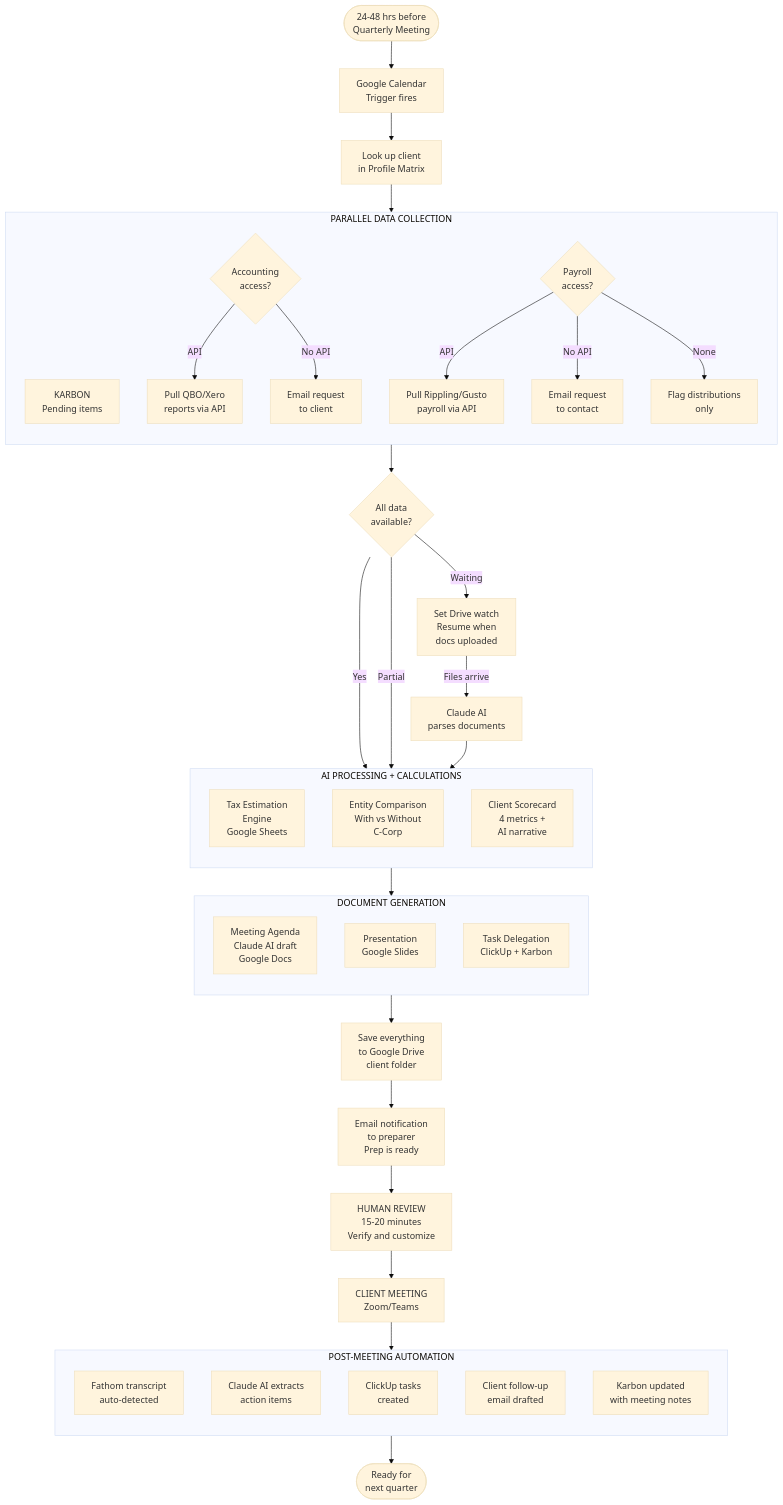
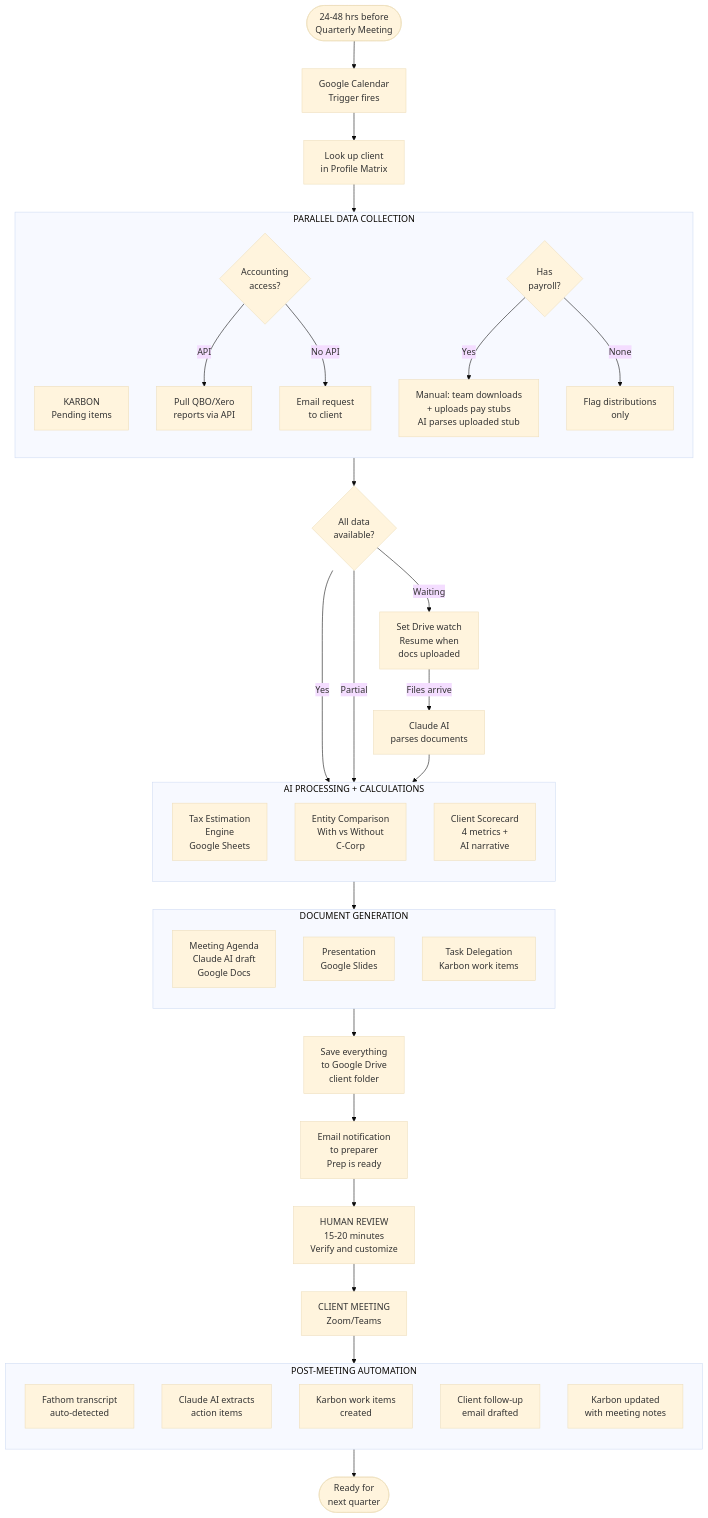
Before and after one commit to dkinvestments-art/n8n: diagram 20 of 20 in docs/quarterly-meeting-automation/05-Comprehensive-Workflow-Documentation.md, drawn with Mermaid (base theme). The commit also changed other lines of this file, not shown here.

First line of the commit message:
docs: Apply payroll-manual and Karbon task changes to workflow doc

````diff
--- a/docs/quarterly-meeting-automation/05-Comprehensive-Workflow-Documentation.md
+++ b/docs/quarterly-meeting-automation/05-Comprehensive-Workflow-Documentation.md
@@ -1122,68 +1103,67 @@
 ```mermaid
 flowchart TD
     START([24-48 hrs before<br/>Quarterly Meeting]) --> TRIGGER[Google Calendar<br/>Trigger fires]
 
     TRIGGER --> LOOKUP[Look up client<br/>in Profile Matrix]
 
     LOOKUP --> PARALLEL_COLLECT
 
     subgraph PARALLEL_COLLECT["PARALLEL DATA COLLECTION"]
         direction TB
 
         K[KARBON<br/>Pending items]
 
         F_CHECK{Accounting<br/>access?}
         F_CHECK -->|API| F_API[Pull QBO/Xero<br/>reports via API]
         F_CHECK -->|No API| F_EMAIL[Email request<br/>to client]
 
-        P_CHECK{Payroll<br/>access?}
-        P_CHECK -->|API| P_API[Pull Rippling/Gusto<br/>payroll via API]
-        P_CHECK -->|No API| P_EMAIL[Email request<br/>to contact]
+        P_CHECK{Has<br/>payroll?}
+        P_CHECK -->|Yes| P_MANUAL[Manual: team downloads<br/>+ uploads pay stubs<br/>AI parses uploaded stub]
         P_CHECK -->|None| P_SKIP[Flag distributions<br/>only]
     end
 
     PARALLEL_COLLECT --> DATA_READY{All data<br/>available?}
 
     DATA_READY -->|Yes| PROCESS
     DATA_READY -->|Partial| PROCESS
     DATA_READY -->|Waiting| DRIVE_WATCH[Set Drive watch<br/>Resume when<br/>docs uploaded]
     DRIVE_WATCH -->|Files arrive| PARSE_DOCS[Claude AI<br/>parses documents]
     PARSE_DOCS --> PROCESS
 
     subgraph PROCESS["AI PROCESSING + CALCULATIONS"]
         direction TB
         TAX[Tax Estimation<br/>Engine<br/>Google Sheets]
         COMPARE[Entity Comparison<br/>With vs Without<br/>C-Corp]
         SCORECARD[Client Scorecard<br/>4 metrics +<br/>AI narrative]
     end
 
     PROCESS --> GENERATE
 
     subgraph GENERATE["DOCUMENT GENERATION"]
         direction TB
         AGENDA_GEN[Meeting Agenda<br/>Claude AI draft<br/>Google Docs]
         SLIDES_GEN[Presentation<br/>Google Slides]
-        TASKS_GEN[Task Delegation<br/>ClickUp + Karbon]
+        TASKS_GEN[Task Delegation<br/>Karbon work items]
     end
 
     GENERATE --> SAVE_ALL[Save everything<br/>to Google Drive<br/>client folder]
 
     SAVE_ALL --> NOTIFY_PREP[Email notification<br/>to preparer<br/>Prep is ready]
 
     NOTIFY_PREP --> HUMAN_REVIEW[HUMAN REVIEW<br/>15-20 minutes<br/>Verify and customize]
 
     HUMAN_REVIEW --> CLIENT_MEETING[CLIENT MEETING<br/>Zoom/Teams]
 
     CLIENT_MEETING --> POST
 
     subgraph POST["POST-MEETING AUTOMATION"]
         direction TB
         FATHOM_PULL[Fathom transcript<br/>auto-detected]
         ACTION_EXTRACT[Claude AI extracts<br/>action items]
-        TASK_CREATE[ClickUp tasks<br/>created]
+        TASK_CREATE[Karbon work items<br/>created]
         FOLLOWUP[Client follow-up<br/>email drafted]
         KARBON_UPDATE[Karbon updated<br/>with meeting notes]
     end
 
     POST --> NEXT([Ready for<br/>next quarter])
 ```
````
